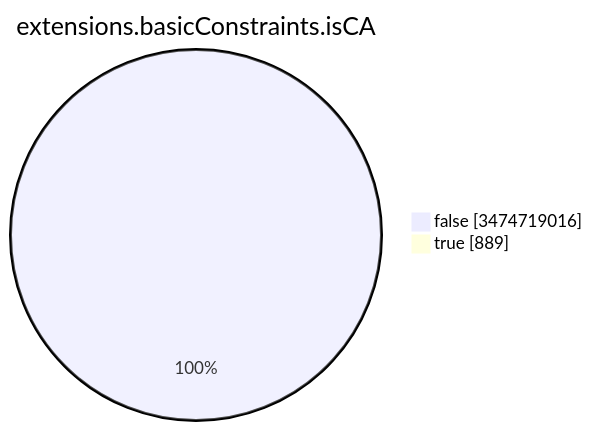
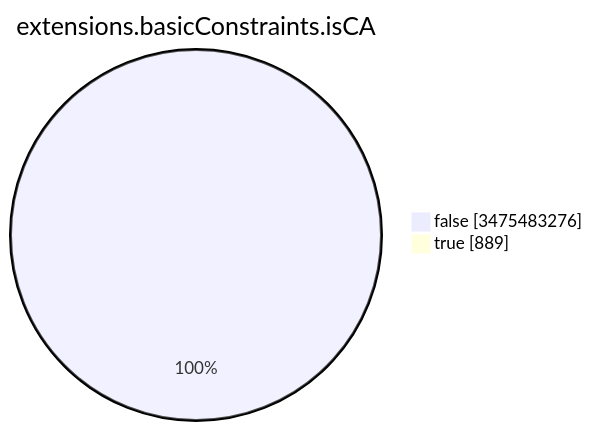
Before and after one commit to christiankrug/ctmonitor_visualization: the seventh of 15 diagrams in TOTAL/README.md, drawn with Mermaid. The commit also changed other lines of this file, not shown here.

````diff
--- a/TOTAL/README.md
+++ b/TOTAL/README.md
@@ -3093,6 +3093,6 @@
 ```mermaid
 pie showData
 title extensions.basicConstraints.isCA
-"false" :3474719016
+"false" :3475483276
 "true" :889
 ```
````
